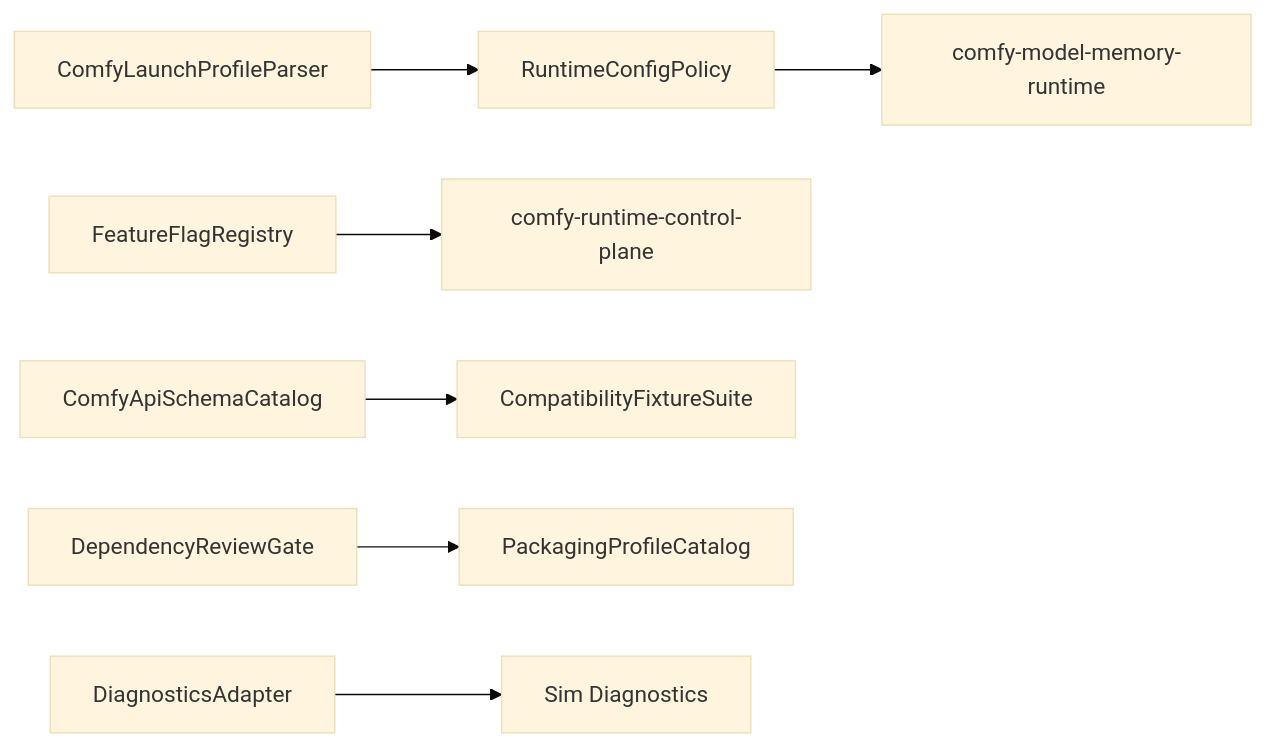
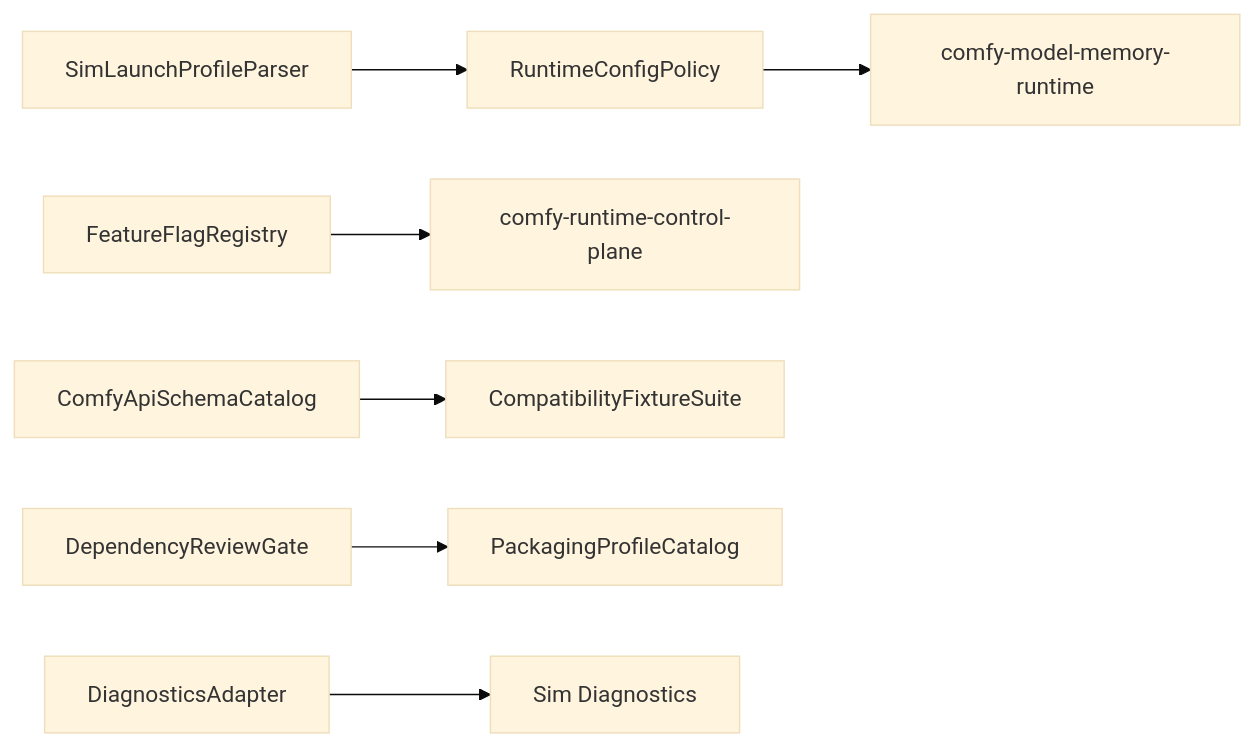
Before and after one commit to imagineerings/xor: the diagram in .agents/specs/godot-migration/comfy-packaging-quality/design.md, drawn with Mermaid (base theme). The commit also changed other lines of this file and 5 other files, not shown here.

First line of the commit message:
feat(world_model): add native Sim launch profile parser (#176)

````diff
--- a/.agents/specs/godot-migration/comfy-packaging-quality/design.md
+++ b/.agents/specs/godot-migration/comfy-packaging-quality/design.md
@@ -9,9 +9,9 @@
 ```mermaid
 flowchart LR
-    Config[ComfyLaunchProfileParser] --> Policy[RuntimeConfigPolicy]
+    Config[SimLaunchProfileParser] --> Policy[RuntimeConfigPolicy]
     Policy --> Model[comfy-model-memory-runtime]
     Flags[FeatureFlagRegistry] --> Runtime[comfy-runtime-control-plane]
     Schema[ComfyApiSchemaCatalog] --> Tests[CompatibilityFixtureSuite]
     Deps[DependencyReviewGate] --> Packaging[PackagingProfileCatalog]
     Logs[DiagnosticsAdapter] --> SimDiag[Sim Diagnostics]
 ```
````
